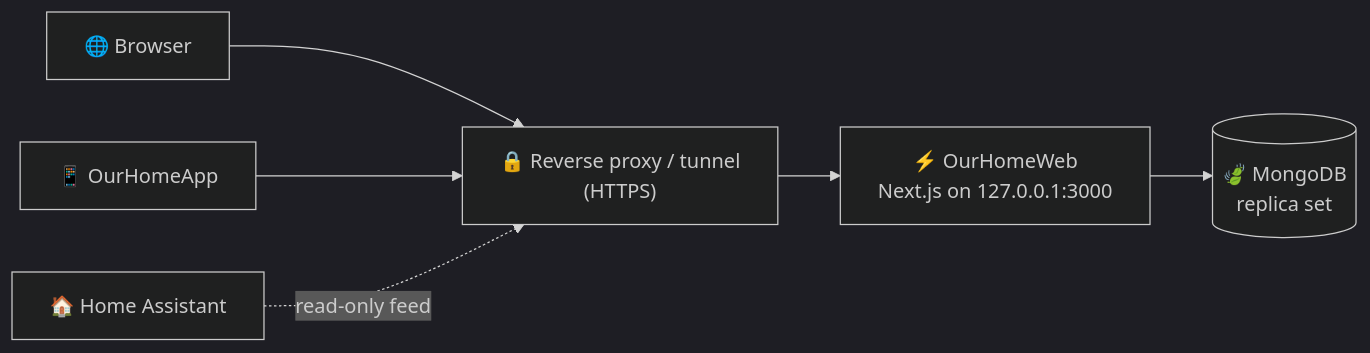
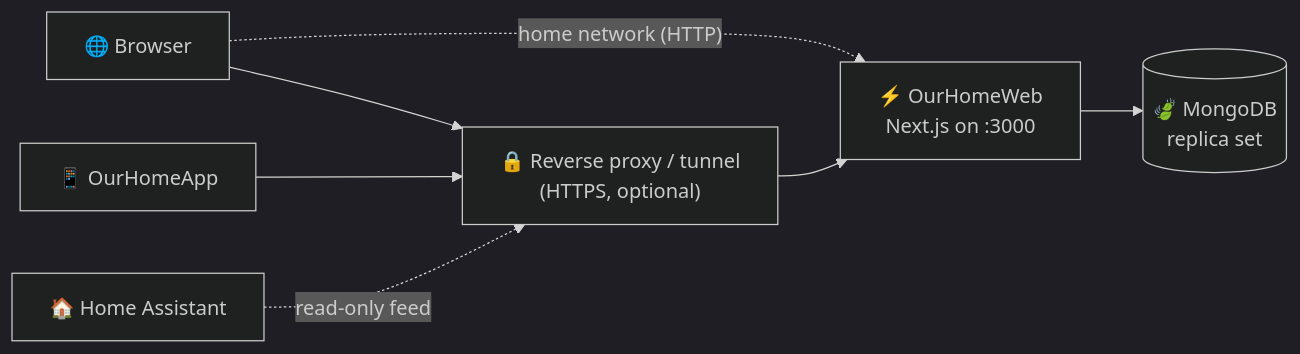
The diagram in README.md (EOSOClub/OurHome), drawn with Mermaid (dark theme) before and after one commit. The commit also changed other lines of this file and 35 other files, not shown here.

````diff
--- a/README.md
+++ b/README.md
@@ -89,8 +89,9 @@
 ```mermaid
 flowchart LR
     Browser["🌐 Browser"] --> Proxy
     Android["📱 OurHomeApp"] --> Proxy
     HA["🏠 Home Assistant"] -. read-only feed .-> Proxy
-    Proxy["🔒 Reverse proxy / tunnel<br/>(HTTPS)"] --> Web["⚡ OurHomeWeb<br/>Next.js on 127.0.0.1:3000"]
+    Browser -. "home network (HTTP)" .-> Web
+    Proxy["🔒 Reverse proxy / tunnel<br/>(HTTPS, optional)"] --> Web["⚡ OurHomeWeb<br/>Next.js on :3000"]
     Web --> DB[("🍃 MongoDB<br/>replica set")]
 ```
````
